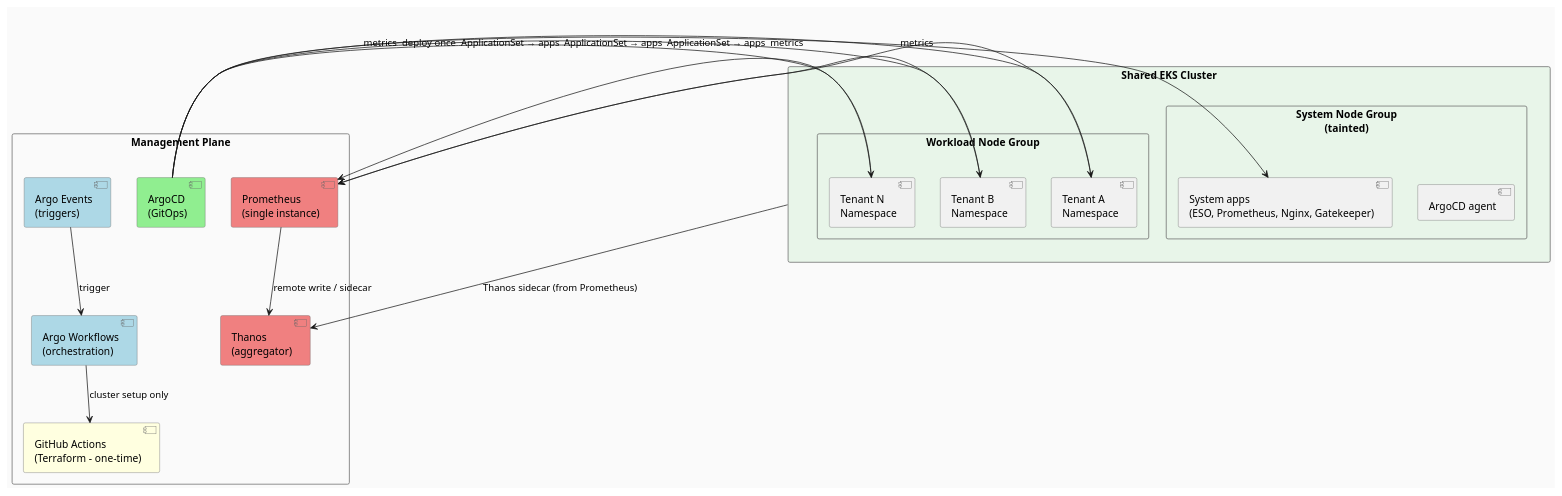
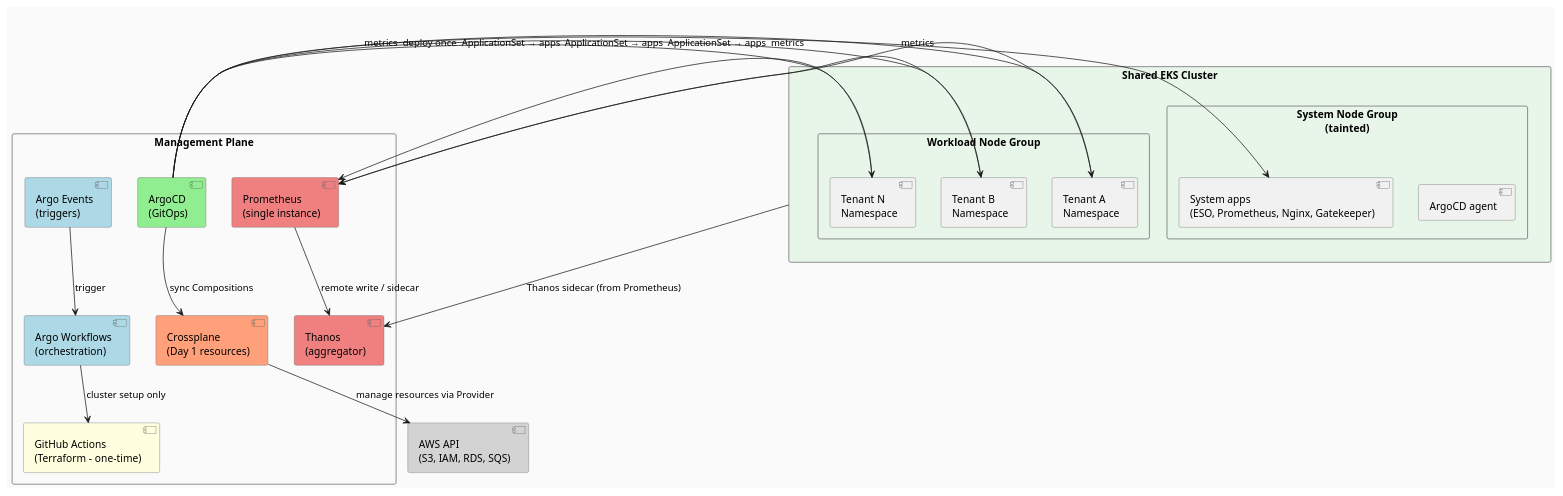
Before and after one commit to zbitmanis/k8s-on-demand: the first of 2 diagrams in docs/architecture.md, drawn with PlantUML. The commit also changed other lines of this file and 86 other files, not shown here.

````diff
--- a/docs/architecture.md
+++ b/docs/architecture.md
@@ -27,45 +47,50 @@
 ```plantuml
 @startuml
 skinparam backgroundColor #FAFAFA
 skinparam defaultFontName Arial
 skinparam rectangleBorderColor #666666
 skinparam componentBorderColor #666666
 
 rectangle "Management Plane" {
   component "Argo Events\n(triggers)" as events #LightBlue
   component "Argo Workflows\n(orchestration)" as workflows #LightBlue
   component "ArgoCD\n(GitOps)" as argocd #LightGreen
+  component "Crossplane\n(Day 1 resources)" as crossplane #LightSalmon
   component "GitHub Actions\n(Terraform - one-time)" as gha #LightYellow
   component "Thanos\n(aggregator)" as thanos #LightCoral
   component "Prometheus\n(single instance)" as prom #LightCoral
 }
 
 events --> workflows : trigger
 workflows --> gha : cluster setup only
 prom --> thanos : remote write / sidecar
+argocd --> crossplane : sync Compositions
 
 rectangle "Shared EKS Cluster" as cluster #E8F5E9 {
   rectangle "System Node Group\n(tainted)" as sys_nodes {
     component "ArgoCD agent" as aa
     component "System apps\n(ESO, Prometheus, Nginx, Gatekeeper)" as sys_apps
   }
 
   rectangle "Workload Node Group" as work_nodes {
     component "Tenant A\nNamespace" as ta
     component "Tenant B\nNamespace" as tb
     component "Tenant N\nNamespace" as tn
   }
 }
 
 argocd --> sys_apps : deploy once
 argocd --> ta : ApplicationSet → apps
 argocd --> tb : ApplicationSet → apps
 argocd --> tn : ApplicationSet → apps
 
 ta --> prom : metrics
 tb --> prom : metrics
 tn --> prom : metrics
 
 cluster --> thanos : Thanos sidecar (from Prometheus)
+
+component "AWS API\n(S3, IAM, RDS, SQS)" as aws_api #LightGray
+crossplane --> aws_api : manage resources via Provider
 @enduml
 ```
````
